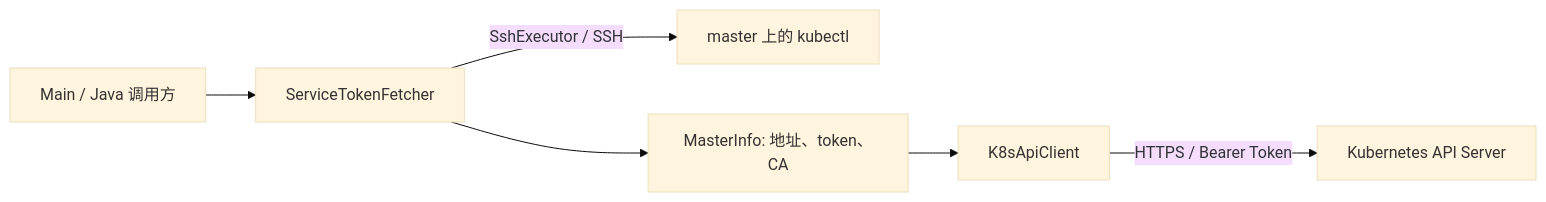
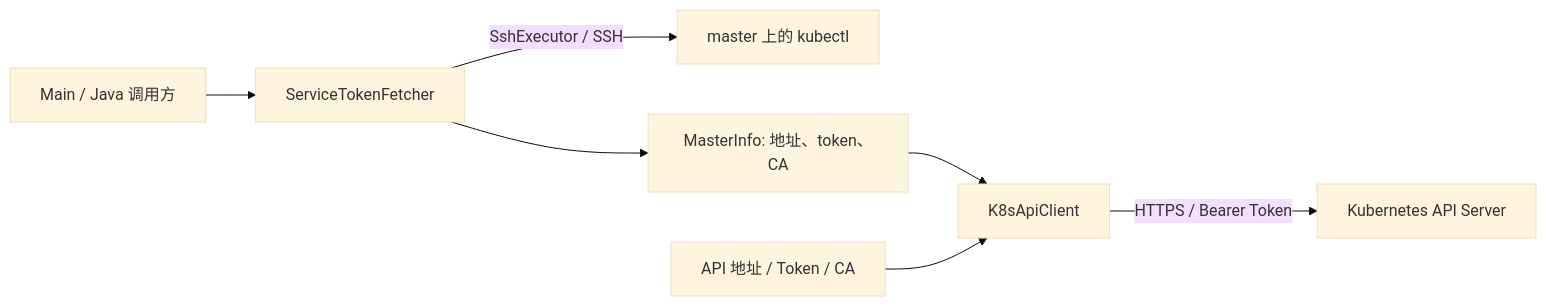
The diagram in README.md (iskycc/k8s-tools), drawn with Mermaid (base theme) before and after one commit. The commit also changed other lines of this file and 25 other files, not shown here.

````diff
--- a/README.md
+++ b/README.md
@@ -11,8 +11,9 @@
 ```mermaid
 flowchart LR
     Main[Main / Java 调用方] --> Fetcher[ServiceTokenFetcher]
     Fetcher -->|SshExecutor / SSH| Master[master 上的 kubectl]
     Fetcher --> Info[MasterInfo: 地址、token、CA]
     Info --> Client[K8sApiClient]
+    Credentials[API 地址 / Token / CA] --> Client
     Client -->|HTTPS / Bearer Token| API[Kubernetes API Server]
 ```
````
